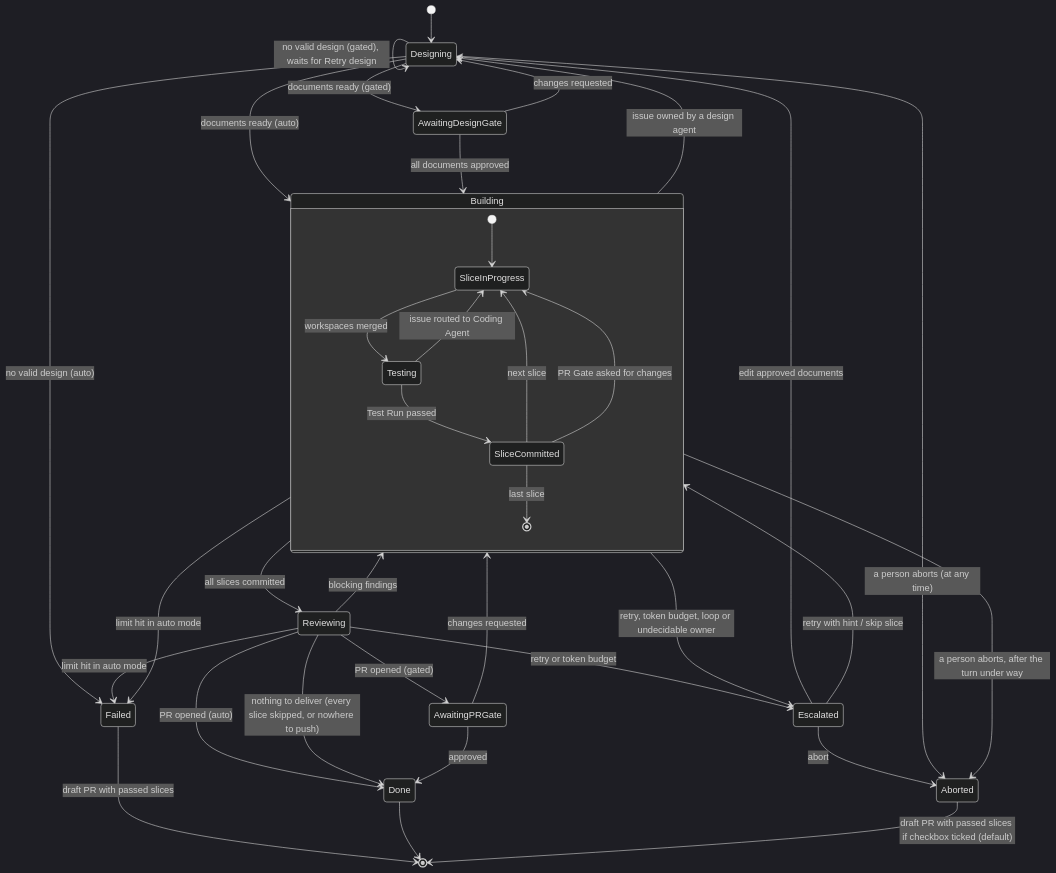
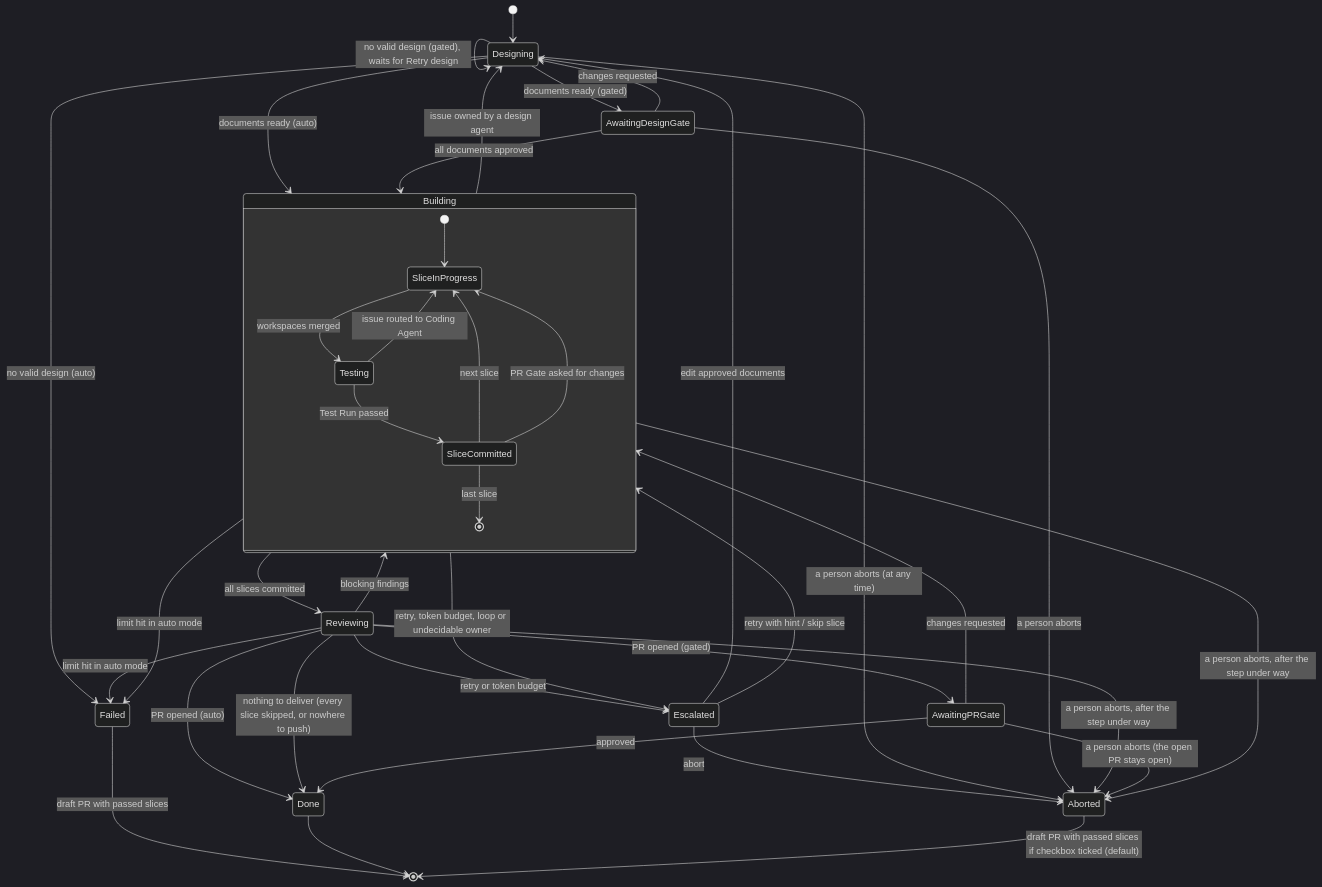
One commit to ChinGuang/sdlc-code changed the third of 10 diagrams in docs/design/uml.md. Above: the diagram before and after it, drawn with Mermaid (dark theme). The commit also changed other lines of this file and 12 other files, not shown here.

````diff
--- a/docs/design/uml.md
+++ b/docs/design/uml.md
@@ -258,43 +258,46 @@
 ```mermaid
 stateDiagram-v2
   [*] --> Designing
   Designing --> AwaitingDesignGate : documents ready (gated)
   Designing --> Failed : no valid design (auto)
   Designing --> Designing : no valid design (gated), waits for Retry design
   Designing --> Building : documents ready (auto)
   AwaitingDesignGate --> Designing : changes requested
   AwaitingDesignGate --> Building : all documents approved
 
   state Building {
     [*] --> SliceInProgress
     SliceInProgress --> Testing : workspaces merged
     Testing --> SliceInProgress : issue routed to Coding Agent
     Testing --> SliceCommitted : Test Run passed
     SliceCommitted --> SliceInProgress : next slice
     SliceCommitted --> SliceInProgress : PR Gate asked for changes
     SliceCommitted --> [*] : last slice
   }
 
   Building --> Designing : issue owned by a design agent
   Building --> Reviewing : all slices committed
   Reviewing --> Building : blocking findings
   Reviewing --> AwaitingPRGate : PR opened (gated)
   Reviewing --> Done : PR opened (auto)
   Reviewing --> Done : nothing to deliver (every slice skipped, or nowhere to push)
   AwaitingPRGate --> Building : changes requested
   AwaitingPRGate --> Done : approved
 
   Building --> Escalated : retry, token budget, loop or undecidable owner
   Reviewing --> Escalated : retry or token budget
   Escalated --> Building : retry with hint / skip slice
   Escalated --> Designing : edit approved documents
   Escalated --> Aborted : abort
   Designing --> Aborted : a person aborts (at any time)
-  Building --> Aborted : a person aborts, after the turn under way
+  AwaitingDesignGate --> Aborted : a person aborts
+  Building --> Aborted : a person aborts, after the step under way
+  Reviewing --> Aborted : a person aborts, after the step under way
+  AwaitingPRGate --> Aborted : a person aborts (the open PR stays open)
 
   Building --> Failed : limit hit in auto mode
   Reviewing --> Failed : limit hit in auto mode
   Failed --> [*] : draft PR with passed slices
   Done --> [*]
   Aborted --> [*] : draft PR with passed slices if checkbox ticked (default)
 ```
````
